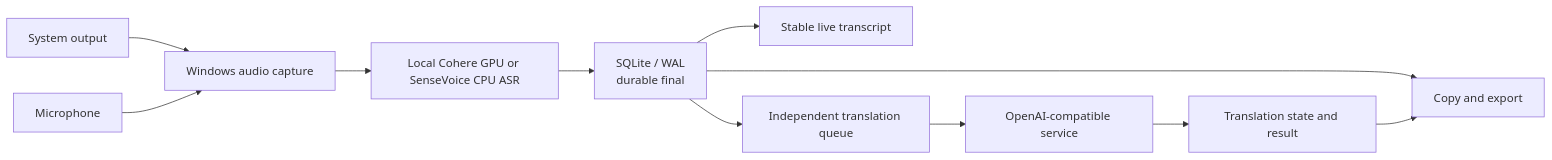
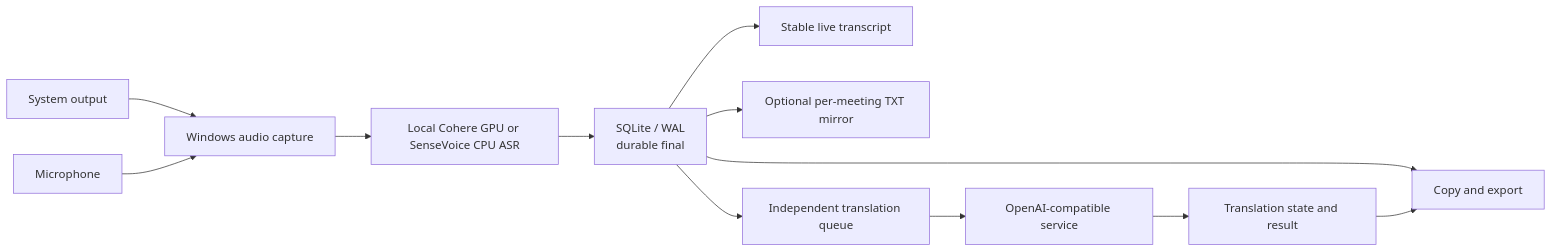
The diagram in README.md (AsaZhou923/MeetingRelay), drawn with Mermaid before and after one commit. The commit also changed other lines of this file and 17 other files, not shown here.

````diff
--- a/README.md
+++ b/README.md
@@ -50,13 +53,14 @@
 ```mermaid
 flowchart LR
     SYS["System output"] --> CAP["Windows audio capture"]
     MIC["Microphone"] --> CAP
     CAP --> ASR["Local Cohere GPU or SenseVoice CPU ASR"]
     ASR --> DB["SQLite / WAL<br/>durable final"]
     DB --> UI["Stable live transcript"]
+    DB --> TXT["Optional per-meeting TXT mirror"]
     DB --> TQ["Independent translation queue"]
     TQ --> LLM["OpenAI-compatible service"]
     LLM --> TR["Translation state and result"]
     DB --> OUT["Copy and export"]
     TR --> OUT
 ```
````
